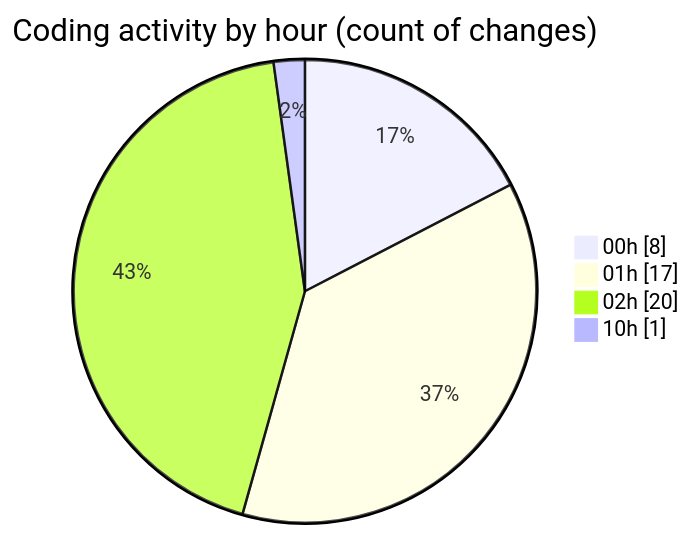
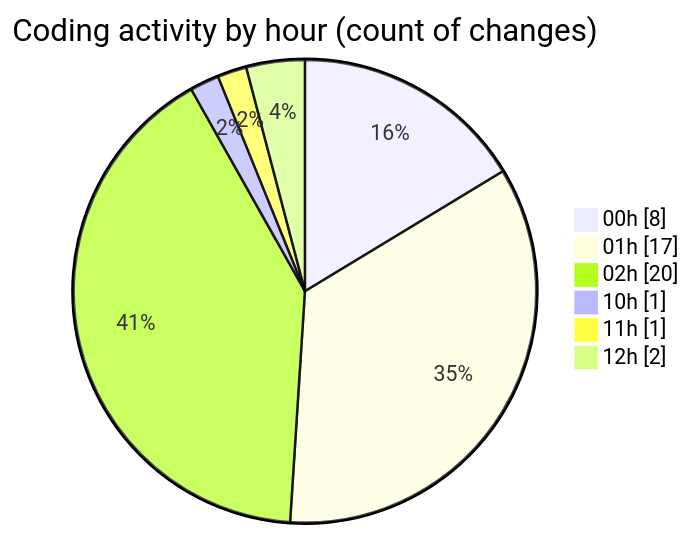
The second of 2 diagrams in 2025-05-02/niten/README.md (Elitesun/code-tracking), drawn with Mermaid before and after one commit. The commit also changed other lines of this file and 1 other file, not shown here.

````diff
--- a/2025-05-02/niten/README.md
+++ b/2025-05-02/niten/README.md
@@ -45,8 +47,10 @@
 ```mermaid
 pie showData
 title Coding activity by hour (count of changes)
 "00h" : 8
 "01h" : 17
 "02h" : 20
 "10h" : 1
+"11h" : 1
+"12h" : 2
 ```
````
